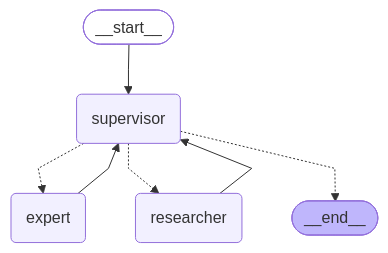
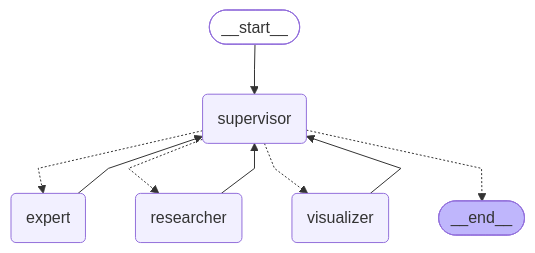
Before and after one commit to gabrielblins/pokemon-agent-system: the diagram in README.md, drawn with Mermaid. The commit also changed other lines of this file and 1 other file, not shown here.

Commit message:
Feat ✨: Update README to reflect the addition of the Visualizer Agent and battle visualization capabilities, including new API endpoints and detailed descriptions of agent functionalities. Also, introduce a new testing structure for visualization components.

````diff
--- a/README.md
+++ b/README.md
@@ -207,18 +262,21 @@
 ```mermaid
 %%{init: {'flowchart': {'curve': 'linear'}}}%%
 graph TD;
 	__start__([<p>__start__</p>]):::first
 	supervisor(supervisor)
 	researcher(researcher)
 	expert(expert)
+	visualizer(visualizer)
 	__end__([<p>__end__</p>]):::last
 	__start__ --> supervisor;
 	expert --> supervisor;
 	researcher --> supervisor;
+	visualizer --> supervisor;
 	supervisor -.-> expert;
 	supervisor -.-> researcher;
+	supervisor -.-> visualizer;
 	supervisor -.-> __end__;
 	classDef default fill:#f2f0ff,line-height:1.2
 	classDef first fill-opacity:0
 	classDef last fill:#bfb6fc
 ```
````
